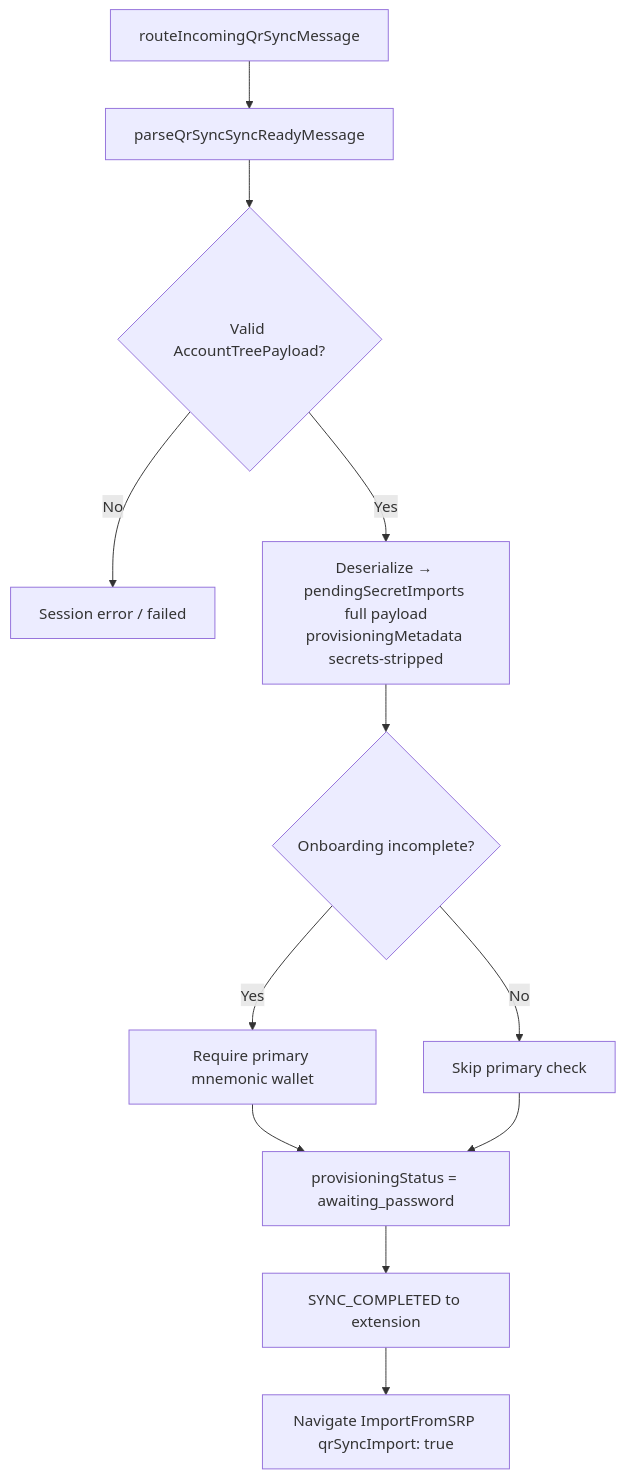
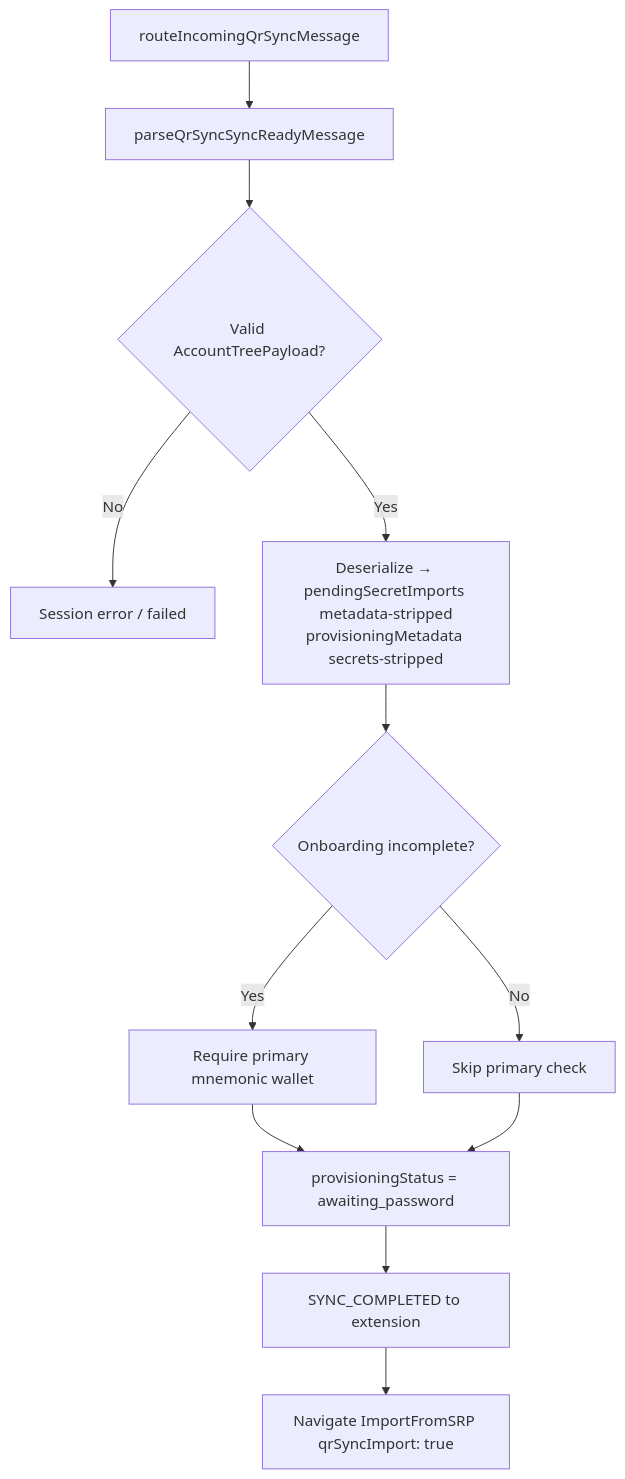
One commit to MetaMask/metamask-mobile changed the second of 4 diagrams in docs/qr-sync/provisioning-technical.md. Above: the diagram before and after it, drawn with Mermaid. The commit also changed other lines of this file, not shown here.

````diff
--- a/docs/qr-sync/provisioning-technical.md
+++ b/docs/qr-sync/provisioning-technical.md
@@ -160,14 +160,14 @@
 ```mermaid
 flowchart TD
     A[routeIncomingQrSyncMessage] --> B[parseQrSyncSyncReadyMessage]
     B --> C{Valid AccountTreePayload?}
     C -->|No| F[Session error / failed]
-    C -->|Yes| D[Deserialize → pendingSecretImports full payload<br/>provisioningMetadata secrets-stripped]
+    C -->|Yes| D[Deserialize → pendingSecretImports metadata-stripped<br/>provisioningMetadata secrets-stripped]
     D --> E{Onboarding incomplete?}
     E -->|Yes| G[Require primary mnemonic wallet]
     E -->|No| H[Skip primary check]
     G --> I[provisioningStatus = awaiting_password]
     H --> I
     I --> J[SYNC_COMPLETED to extension]
     J --> K[Navigate ImportFromSRP qrSyncImport: true]
 ```
````
